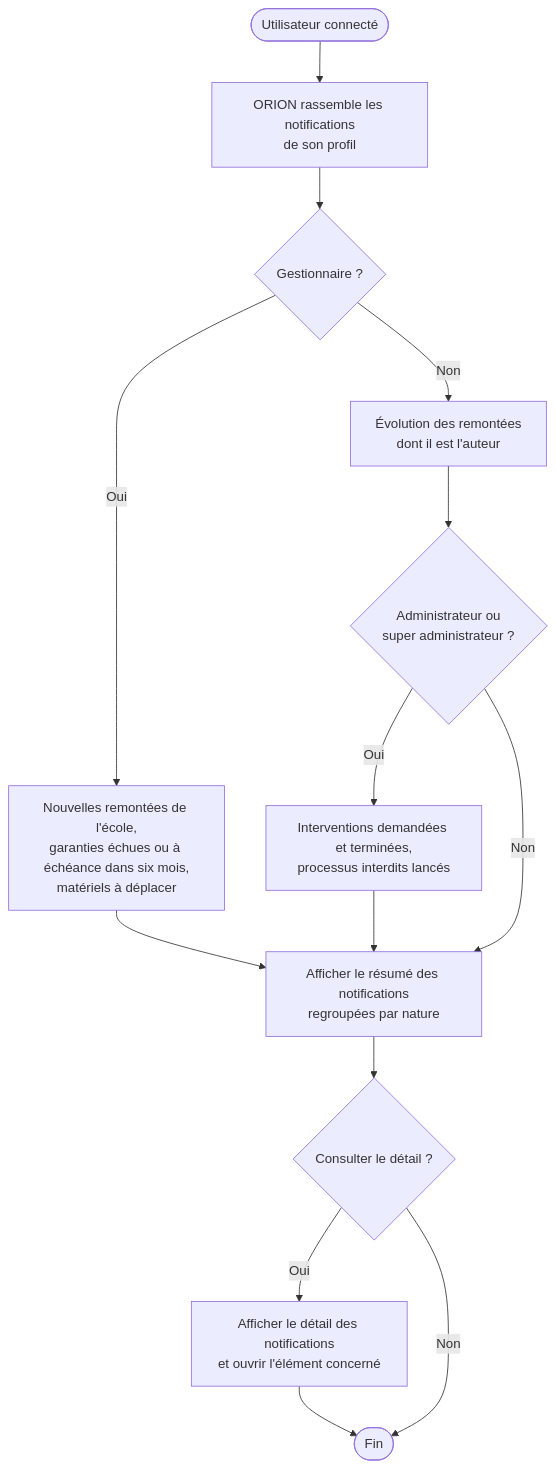
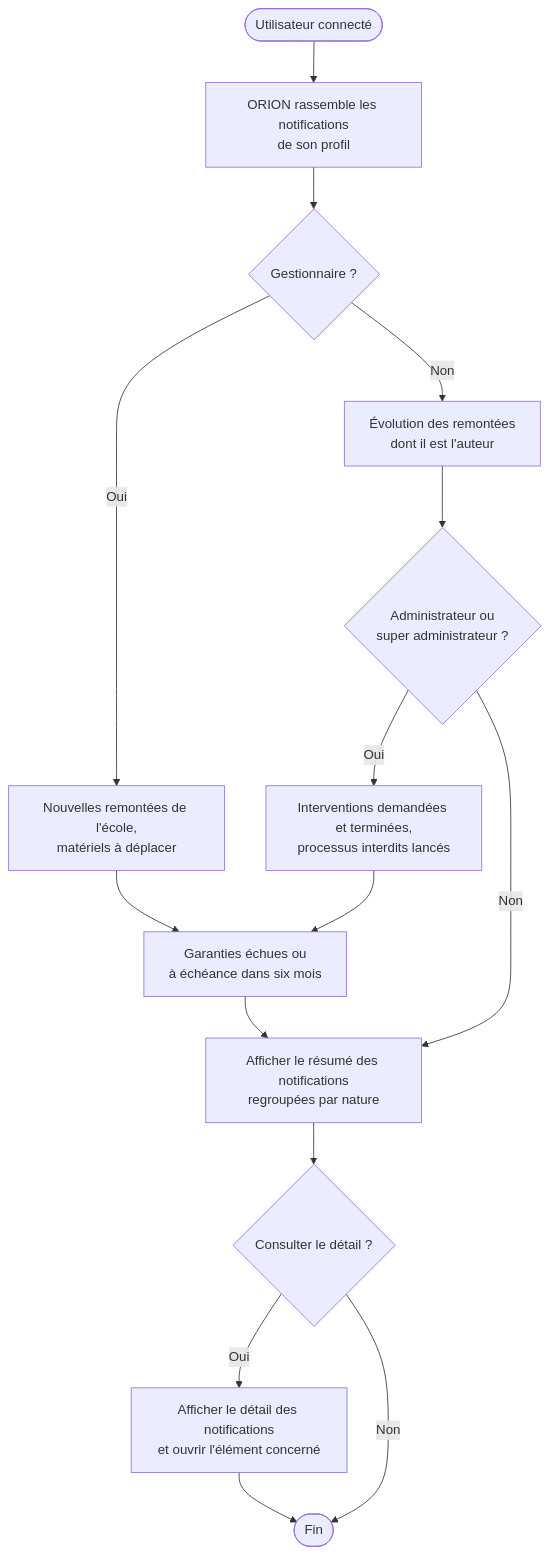
One commit to bpierrelouis/aster changed the eighth of 10 diagrams in docs/02-ANALYSE/01-MODELISATION-METIER/07-DIAGRAMMES-ACTIVITE.md. Above: the diagram before and after it, drawn with Mermaid. The commit also changed other lines of this file and 19 other files, not shown here.

````diff
--- a/docs/02-ANALYSE/01-MODELISATION-METIER/07-DIAGRAMMES-ACTIVITE.md
+++ b/docs/02-ANALYSE/01-MODELISATION-METIER/07-DIAGRAMMES-ACTIVITE.md
@@ -146,16 +146,17 @@
 ```mermaid
 flowchart TD
     debut(["Utilisateur connecté"]) --> calcul["ORION rassemble les notifications<br/>de son profil"]
     calcul --> gestionnaire{"Gestionnaire ?"}
-    gestionnaire -->|"Oui"| parc["Nouvelles remontées de l'école,<br/>garanties échues ou à échéance dans six mois,<br/>matériels à déplacer"]
+    gestionnaire -->|"Oui"| parc["Nouvelles remontées de l'école,<br/>matériels à déplacer"]
     gestionnaire -->|"Non"| auteur["Évolution des remontées<br/>dont il est l'auteur"]
     auteur --> admin{"Administrateur ou<br/>super administrateur ?"}
     admin -->|"Oui"| supervision["Interventions demandées et terminées,<br/>processus interdits lancés"]
     admin -->|"Non"| resume
-    parc --> resume["Afficher le résumé des notifications<br/>regroupées par nature"]
-    supervision --> resume
+    parc --> garanties["Garanties échues ou<br/>à échéance dans six mois"]
+    supervision --> garanties
+    garanties --> resume["Afficher le résumé des notifications<br/>regroupées par nature"]
     resume --> detail{"Consulter le détail ?"}
     detail -->|"Oui"| liste["Afficher le détail des notifications<br/>et ouvrir l'élément concerné"]
     detail -->|"Non"| fin(["Fin"])
     liste --> fin
 ```
````
